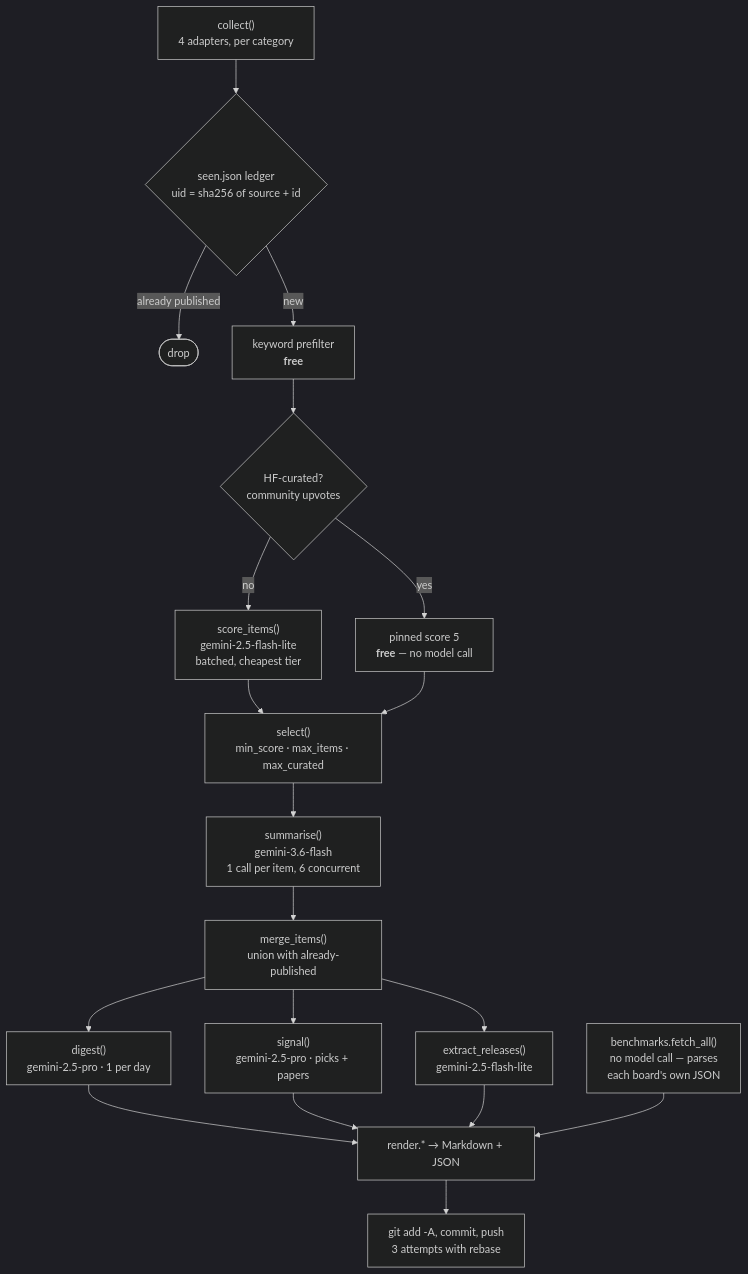
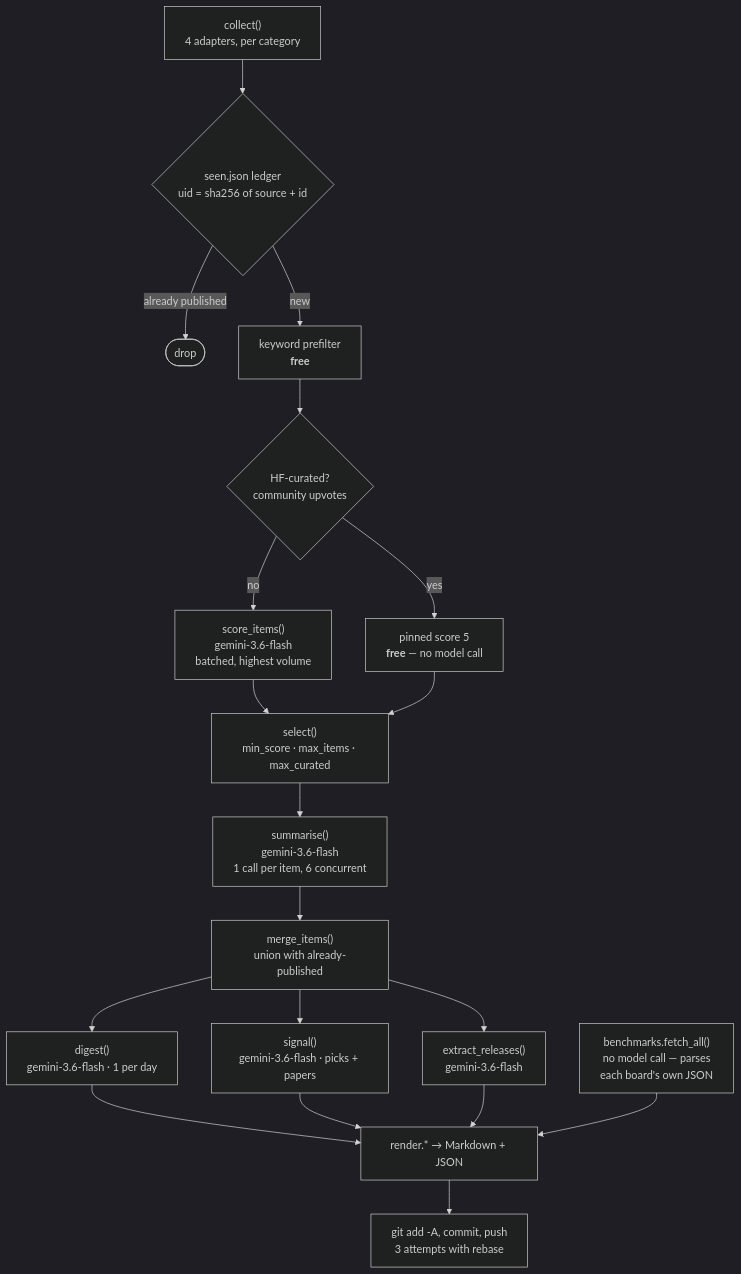
One commit to zken-cloud/ai-wiki-app changed the second of 3 diagrams in README.md. Above: the diagram before and after it, drawn with Mermaid (dark theme). The commit also changed other lines of this file and 3 other files, not shown here.

First line of the commit message:
Use gemini-3.6-flash for every LLM stage

````diff
--- a/README.md
+++ b/README.md
@@ -62,21 +62,21 @@
 ```mermaid
 flowchart TD
     A["collect()<br/>4 adapters, per category"] --> B{"seen.json ledger<br/>uid = sha256 of source + id"}
     B -->|already published| X([drop])
     B -->|new| C["keyword prefilter<br/><b>free</b>"]
     C --> D{"HF-curated?<br/>community upvotes"}
     D -->|yes| F["pinned score 5<br/><b>free</b> — no model call"]
-    D -->|no| E["score_items()<br/>gemini-2.5-flash-lite<br/>batched, cheapest tier"]
+    D -->|no| E["score_items()<br/>gemini-3.6-flash<br/>batched, highest volume"]
     E --> G["select()<br/>min_score · max_items · max_curated"]
     F --> G
     G --> H["summarise()<br/>gemini-3.6-flash<br/>1 call per item, 6 concurrent"]
     H --> I["merge_items()<br/>union with already-published"]
-    I --> J["digest()<br/>gemini-2.5-pro · 1 per day"]
-    I --> K["signal()<br/>gemini-2.5-pro · picks + papers"]
-    I --> L["extract_releases()<br/>gemini-2.5-flash-lite"]
+    I --> J["digest()<br/>gemini-3.6-flash · 1 per day"]
+    I --> K["signal()<br/>gemini-3.6-flash · picks + papers"]
+    I --> L["extract_releases()<br/>gemini-3.6-flash"]
     J --> M["render.* → Markdown + JSON"]
     K --> M
     L --> M
     BM["benchmarks.fetch_all()<br/>no model call — parses<br/>each board's own JSON"] --> M
     M --> N["git add -A, commit, push<br/>3 attempts with rebase"]
 ```
````
